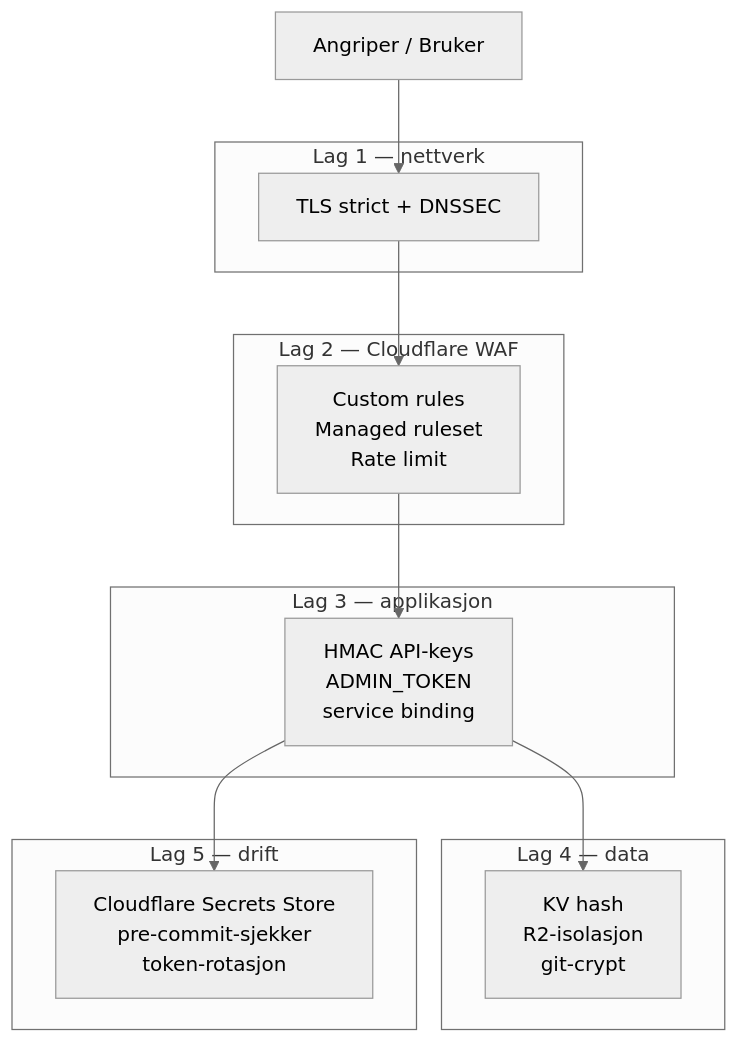
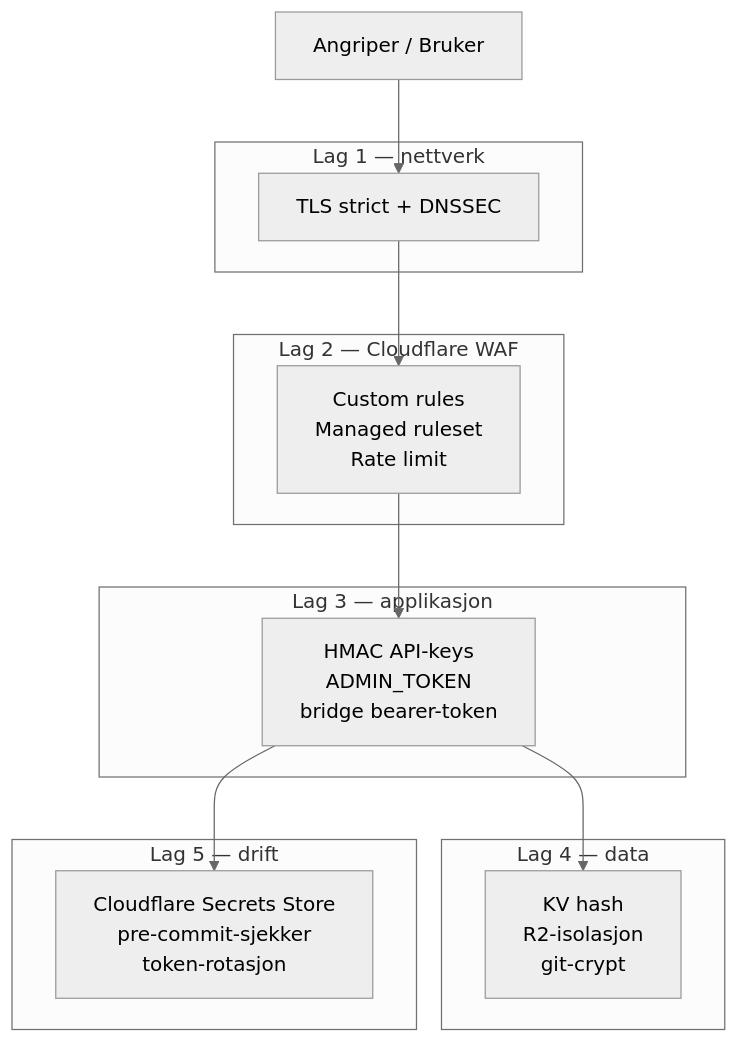
One commit to nikolsen1234-bit/hydroguide changed the diagram in docs/sikkerheit.md. Above: the diagram before and after it, drawn with Mermaid (neutral theme). The commit also changed other lines of this file and 171 other files, not shown here.

First line of the commit message:
Migrate report flow to local bridge and clean working state

````diff
--- a/docs/sikkerheit.md
+++ b/docs/sikkerheit.md
@@ -24,30 +24,30 @@
 ```mermaid
 flowchart TB
     angriper[Angriper / Bruker]
 
     subgraph lag1[Lag 1 — nettverk]
         tls[TLS strict + DNSSEC]
     end
 
     subgraph lag2[Lag 2 — Cloudflare WAF]
         waf[Custom rules<br/>Managed ruleset<br/>Rate limit]
     end
 
     subgraph lag3[Lag 3 — applikasjon]
-        auth[HMAC API-keys<br/>ADMIN_TOKEN<br/>service binding]
+        auth[HMAC API-keys<br/>ADMIN_TOKEN<br/>bridge bearer-token]
     end
 
     subgraph lag4[Lag 4 — data]
         data[KV hash<br/>R2-isolasjon<br/>git-crypt]
     end
 
     subgraph lag5[Lag 5 — drift]
         ops[Cloudflare Secrets Store<br/>pre-commit-sjekker<br/>token-rotasjon]
     end
 
     angriper --> tls
     tls --> waf
     waf --> auth
     auth --> data
     auth --> ops
 ```
````
